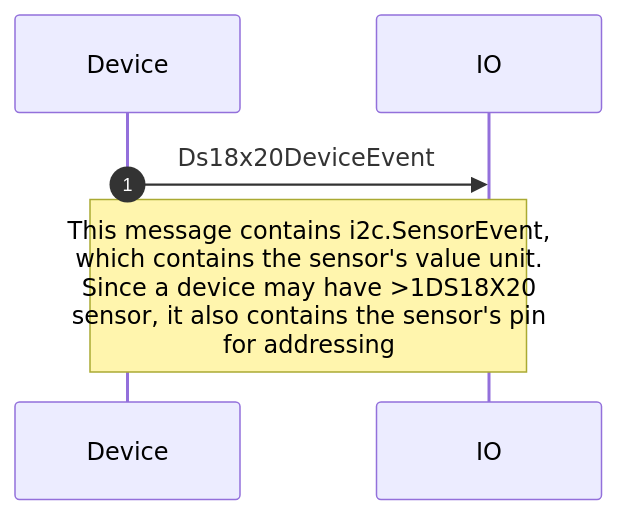
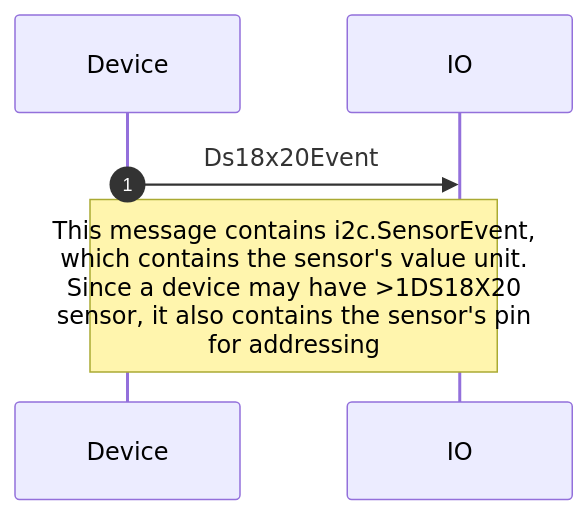
Before and after one commit to adafruit/Wippersnapper_Protobuf: the third of 3 diagrams in proto/wippersnapper/docs/ds18x20.md, drawn with Mermaid. The commit also changed other lines of this file and 6 other files, not shown here.

````diff
--- a/proto/wippersnapper/docs/ds18x20.md
+++ b/proto/wippersnapper/docs/ds18x20.md
@@ -50,9 +50,9 @@
 ```mermaid
 
 sequenceDiagram
 
 autonumber
 
-Device->>IO: Ds18x20DeviceEvent
+Device->>IO: Ds18x20Event
 Note over Device,IO: This message contains i2c.SensorEvent,<br>which contains the sensor's value unit. <br> Since a device may have >1DS18X20 <br>sensor, it also contains the sensor's pin <br>for addressing
 ```
````
